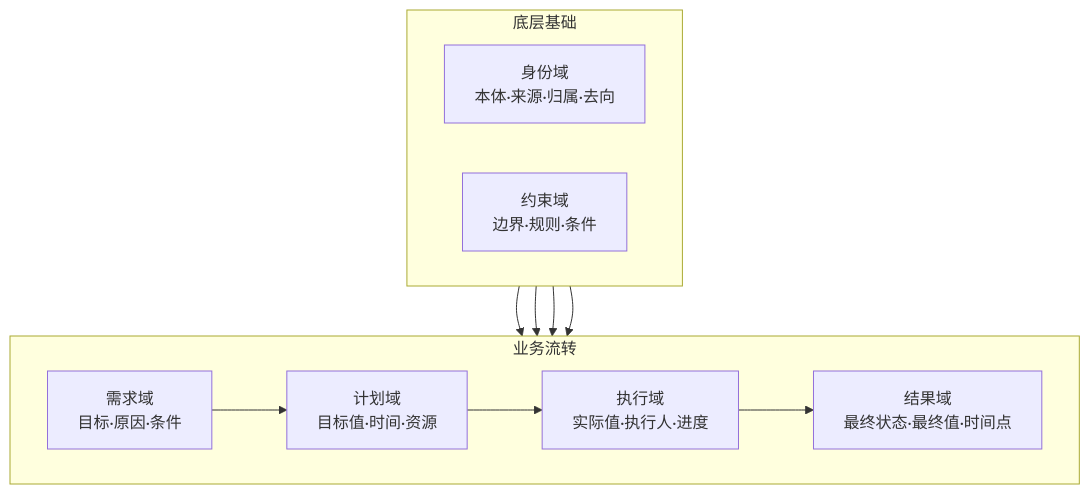
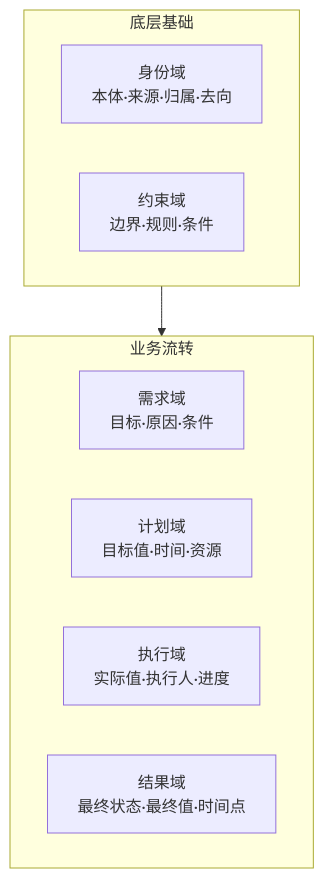
Before and after one commit to c5ms/odm: the first of 2 diagrams in README.md, drawn with Mermaid. The commit also changed 1 other file, not shown here.

Commit message:
docs: 更新README中的流程图并添加LICENSE文件
简化README中的流程图结构，将多个域合并为Business域
添加MIT LICENSE文件

````diff
--- a/README.md
+++ b/README.md
@@ -20,23 +20,18 @@
 ```mermaid
 flowchart TB
     subgraph Foundation["底层基础"]
         direction LR
         I["身份域<br/>本体·来源·归属·去向"]
         C["约束域<br/>边界·规则·条件"]
     end
     
     subgraph Business["业务流转"]
         direction LR
         R["需求域<br/>目标·原因·条件"]
         P["计划域<br/>目标值·时间·资源"]
         E["执行域<br/>实际值·执行人·进度"]
         S["结果域<br/>最终状态·最终值·时间点"]
     end
     
-    Foundation --> R
-    Foundation --> P
-    Foundation --> E
-    Foundation --> S
-    
-    R --> P --> E --> S
+    Foundation --> Business
 ```
````
